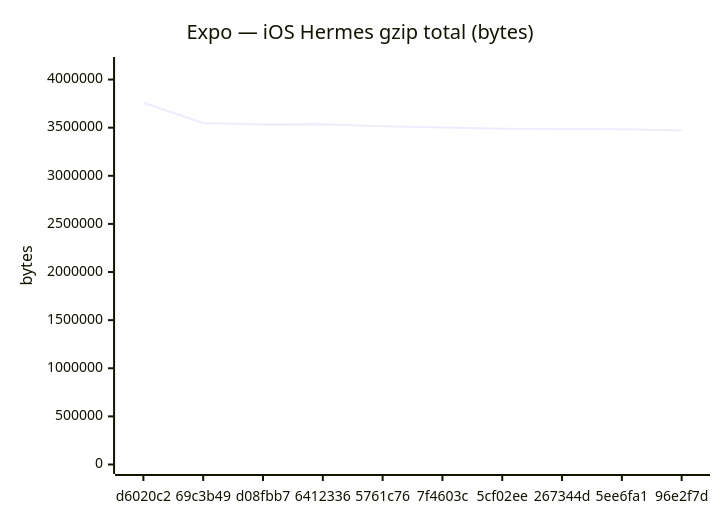
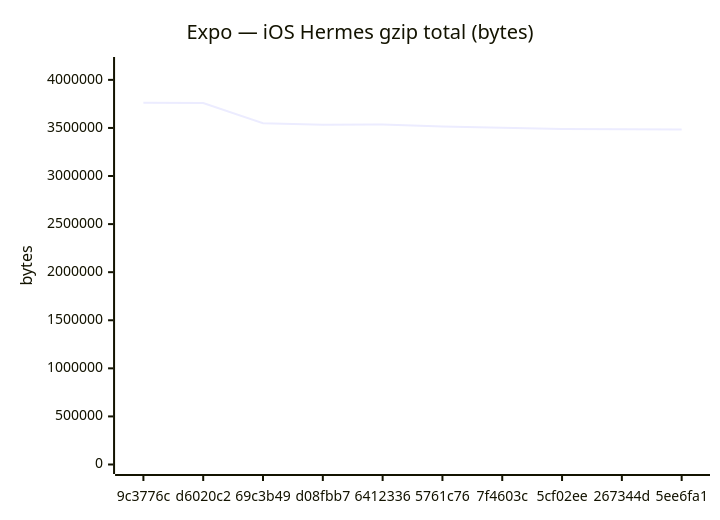
The sixth of 18 diagrams in benchmarks/compare.md (Metaheurist/Rianell), drawn with Mermaid before and after one commit. The commit also changed other lines of this file and 11 other files, not shown here.

````diff
--- a/benchmarks/compare.md
+++ b/benchmarks/compare.md
@@ -96,7 +96,7 @@
 ```mermaid
 xychart-beta
     title "Expo — iOS Hermes gzip total (bytes)"
-    x-axis ["d6020c2", "69c3b49", "d08fbb7", "6412336", "5761c76", "7f4603c", "5cf02ee", "267344d", "5ee6fa1", "96e2f7d"]
-    y-axis "bytes" 0 --> 4135860
-    line [3759872, 3548602, 3534279, 3535273, 3515861, 3502937, 3488256, 3486228, 3483393, 3471867]
+    x-axis ["9c3776c", "d6020c2", "69c3b49", "d08fbb7", "6412336", "5761c76", "7f4603c", "5cf02ee", "267344d", "5ee6fa1"]
+    y-axis "bytes" 0 --> 4139007
+    line [3762733, 3759872, 3548602, 3534279, 3535273, 3515861, 3502937, 3488256, 3486228, 3483393]
 ```
````
